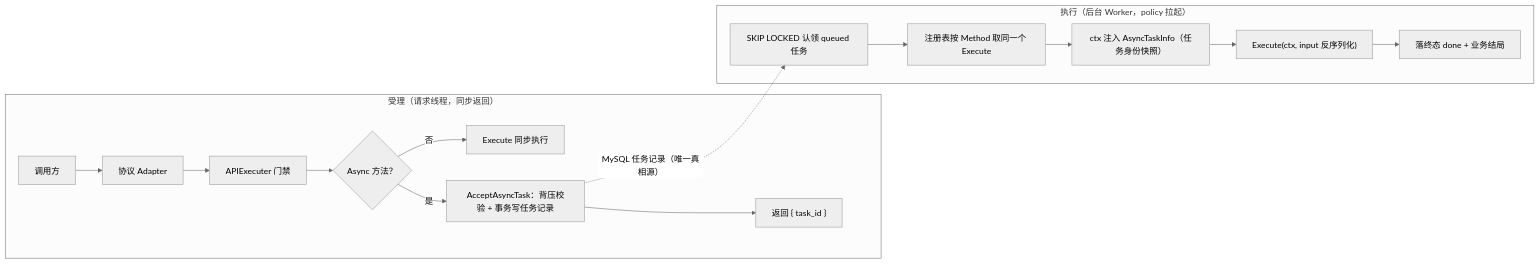
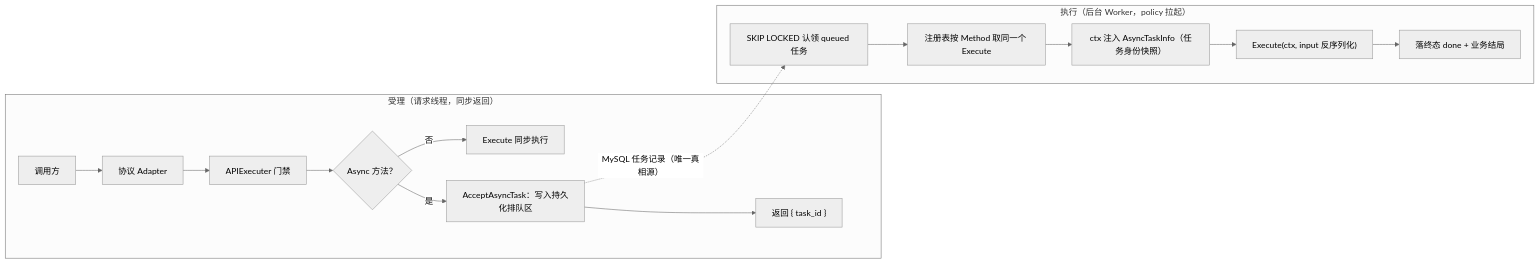
Before and after one commit to 0xdevelop/project_template_go: the first of 2 diagrams in docs/ability_task.md, drawn with Mermaid (neutral theme). The commit also changed other lines of this file and 13 other files, not shown here.

````diff
--- a/docs/ability_task.md
+++ b/docs/ability_task.md
@@ -13,18 +13,18 @@
 ```mermaid
 flowchart LR
     subgraph 受理["受理（请求线程，同步返回）"]
         Caller["调用方"] --> Adapter["协议 Adapter"]
         Adapter --> Gate["APIExecuter 门禁"]
         Gate --> AsyncCheck{"Async 方法？"}
         AsyncCheck -- 否 --> Exec["Execute 同步执行"]
-        AsyncCheck -- 是 --> Accept["AcceptAsyncTask：背压校验 + 事务写任务记录"]
+        AsyncCheck -- 是 --> Accept["AcceptAsyncTask：写入持久化排队区"]
         Accept --> TaskID["返回 { task_id }"]
     end
     subgraph 执行["执行（后台 Worker，policy 拉起）"]
         Claim["SKIP LOCKED 认领 queued 任务"] --> Lookup["注册表按 Method 取同一个 Execute"]
         Lookup --> Inject["ctx 注入 AsyncTaskInfo（任务身份快照）"]
         Inject --> Run["Execute(ctx, input 反序列化)"]
         Run --> Finish["落终态 done + 业务结局"]
     end
     Accept -. MySQL 任务记录（唯一真相源） .-> Claim
 ```
````
